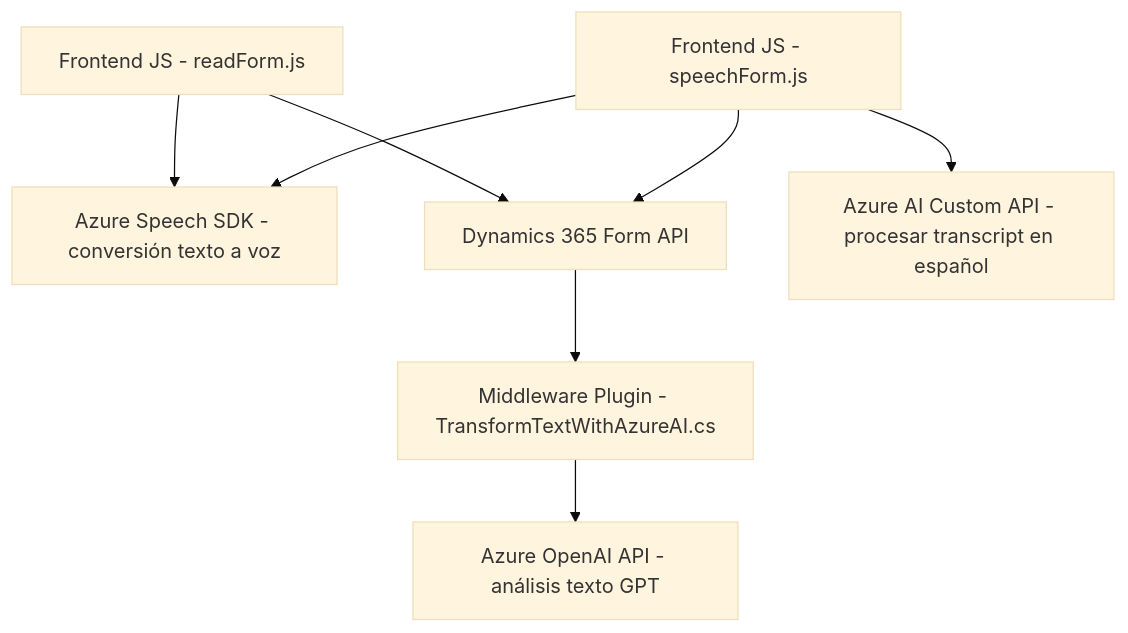
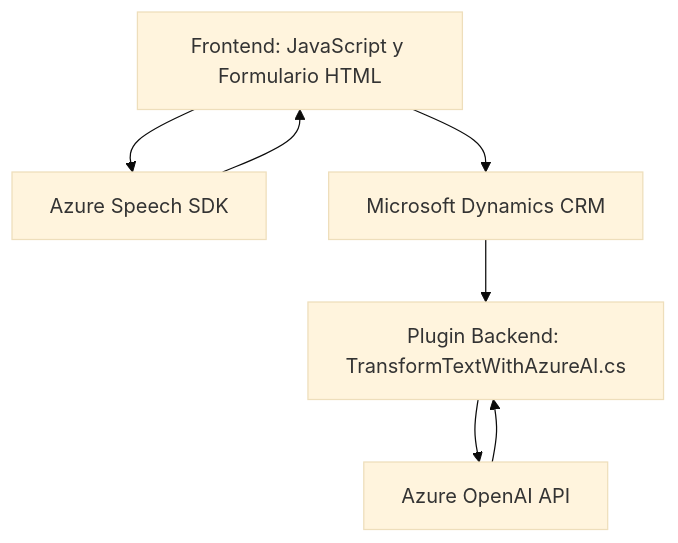
The diagram in README.md (blopezdm/NETCORE_BILBAO2025), drawn with Mermaid (base theme) before and after one commit. The commit also changed other lines of this file, not shown here.

Commit message:
Actualizar análisis global de la solución con IA

````diff
--- a/README.md
+++ b/README.md
@@ -43,10 +44,15 @@
 ```mermaid
 graph TD
-    A["Frontend JS - readForm.js"] --> B["Azure Speech SDK - conversión texto a voz"]
-    A --> C["Dynamics 365 Form API - gestión formularios"]
-    D["Frontend JS - speechForm.js"] --> B
-    D --> C
-    D --> E["Azure AI Custom API - procesar transcript en español"]
-    C["Dynamics 365 Form API"] --> F["Middleware Plugin - TransformTextWithAzureAI.cs"]
-    F --> G["Azure OpenAI API - análisis texto GPT"]
+    A["Frontend: JavaScript y Formulario HTML"]
+    B["Azure Speech SDK"]
+    C["Microsoft Dynamics CRM"]
+    D["Azure OpenAI API"]
+    E["Plugin Backend: TransformTextWithAzureAI.cs"]
+
+    A --> B
+    A --> C
+    B --> A
+    C --> E
+    E --> D
+    D --> E
 ```
````
